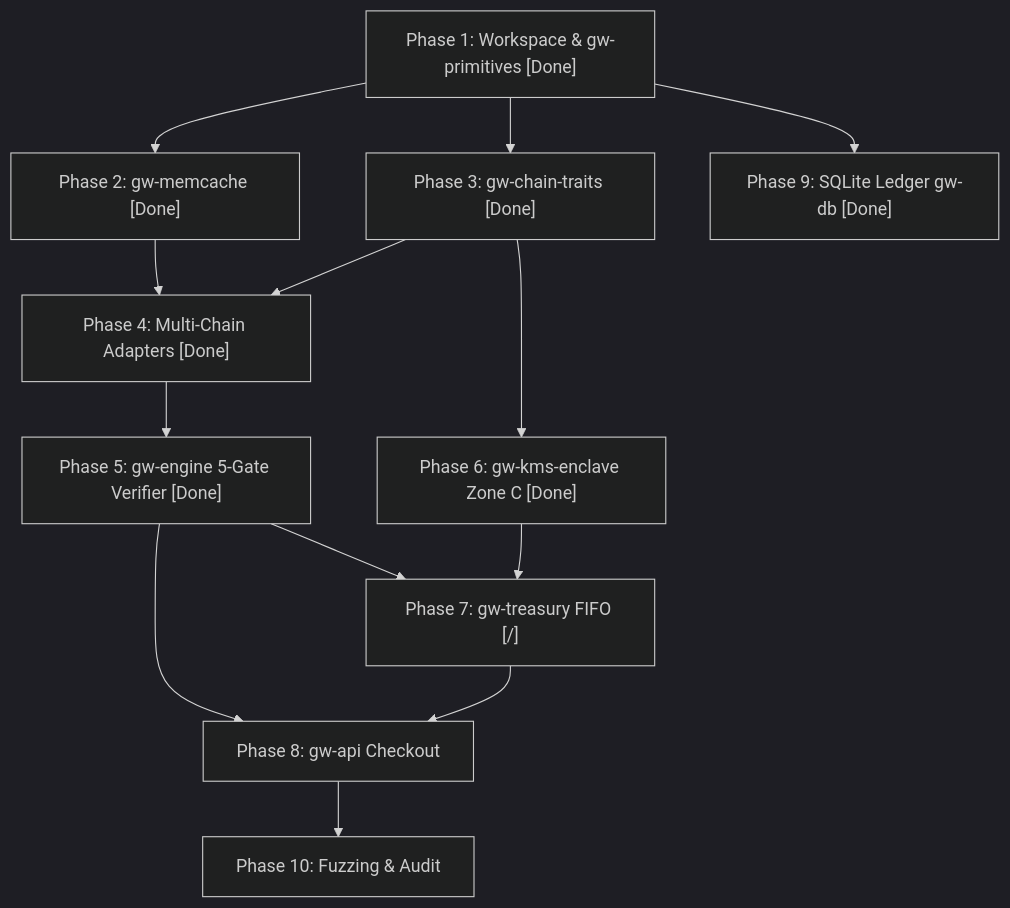
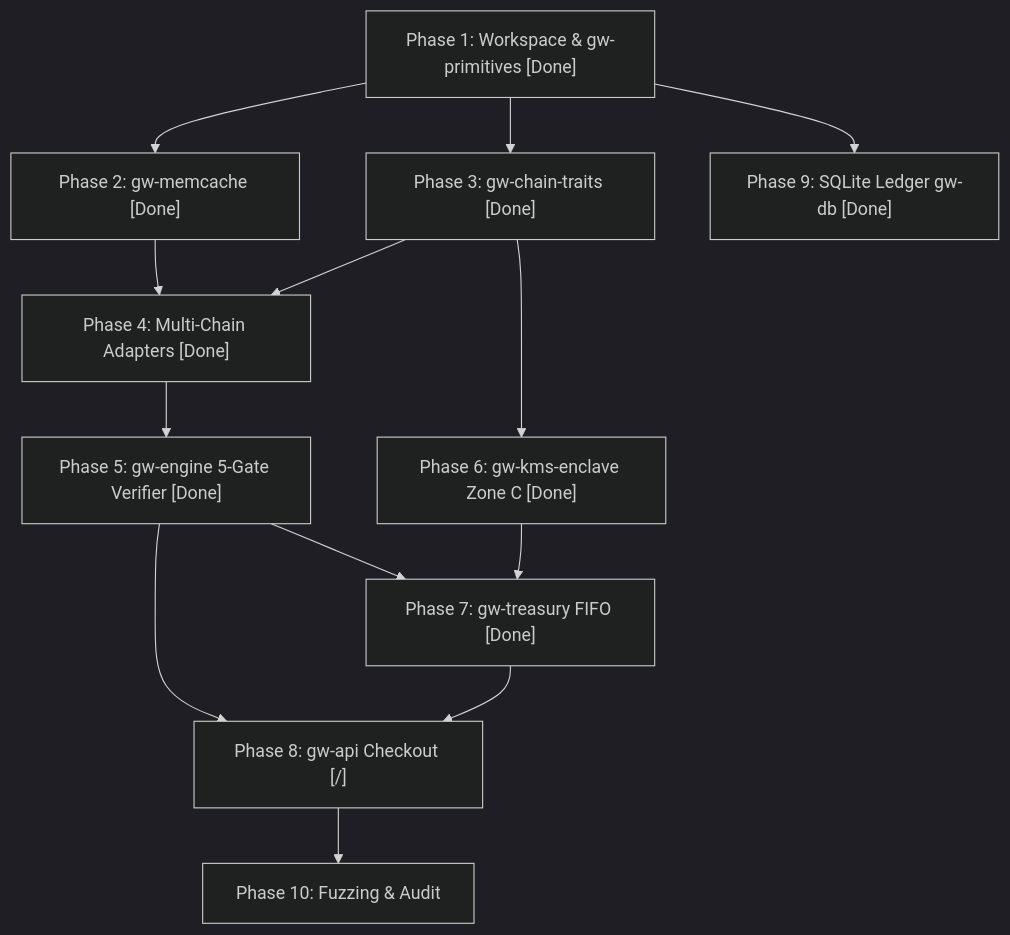
Before and after one commit to Kurisuma/gateway-crypto: the diagram in tasks.md, drawn with Mermaid (dark theme). The commit also changed other lines of this file and 5 other files, not shown here.

Commit message:
feat: implement Phase 7 unified treasury portfolio aggregation, FIFO accounting, and liquidity router (gw-treasury)

````diff
--- a/tasks.md
+++ b/tasks.md
@@ -326,15 +326,15 @@
 ```mermaid
 flowchart TD
     P1["Phase 1: Workspace & gw-primitives [Done]"] --> P2["Phase 2: gw-memcache [Done]"]
     P1 --> P3["Phase 3: gw-chain-traits [Done]"]
     P1 --> P9["Phase 9: SQLite Ledger gw-db [Done]"]
     P2 --> P4["Phase 4: Multi-Chain Adapters [Done]"]
     P3 --> P4
     P4 --> P5["Phase 5: gw-engine 5-Gate Verifier [Done]"]
     P3 --> P6["Phase 6: gw-kms-enclave Zone C [Done]"]
-    P5 --> P7["Phase 7: gw-treasury FIFO [/]"]
+    P5 --> P7["Phase 7: gw-treasury FIFO [Done]"]
     P6 --> P7
-    P5 --> P8["Phase 8: gw-api Checkout"]
+    P5 --> P8["Phase 8: gw-api Checkout [/]"]
     P7 --> P8
     P8 --> P10["Phase 10: Fuzzing & Audit"]
 ```
````
